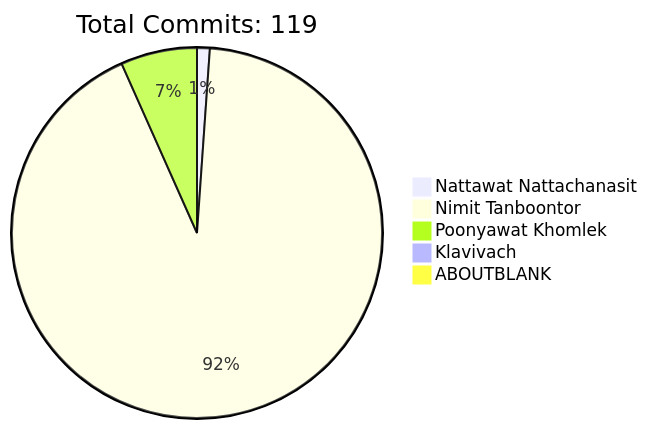
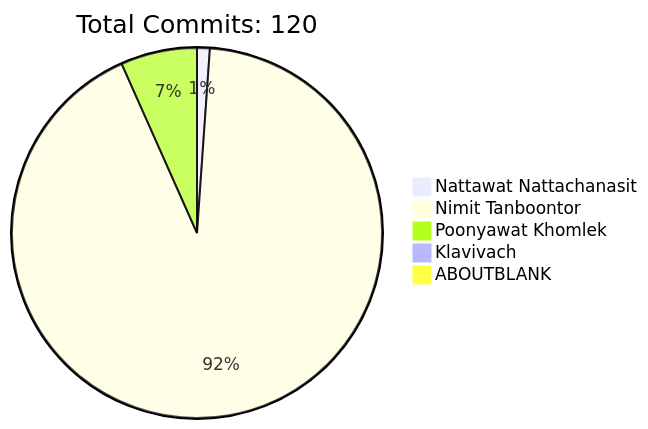
Before and after one commit to HLLC-MFU/HLLC-2025: the diagram in README.md, drawn with Mermaid. The commit also changed other lines of this file, not shown here.

````diff
--- a/README.md
+++ b/README.md
@@ -170,9 +170,9 @@
 ```mermaid
 pie
-    title Total Commits: 119
+    title Total Commits: 120
     "Nattawat Nattachanasit" : 1
     "Nimit Tanboontor" : 83
     "Poonyawat Khomlek" : 6
     "Klavivach" : 0
     "ABOUTBLANK" : 0
 ```
````
